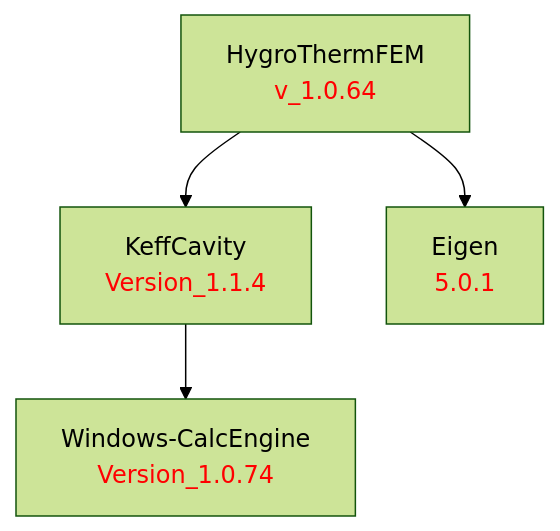
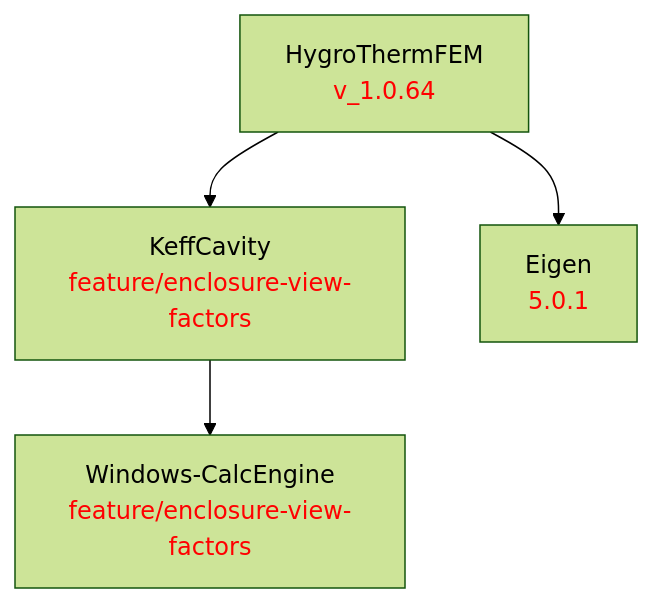
Before and after one commit to LBNL-ETA/HygroThermFEM: the diagram in doc/HygroThermFEM.md, drawn with Mermaid (forest theme). The commit also changed 1 other file, not shown here.

Commit message:
Pin KeffCavity to its enclosure view-factor branch for CI
The enclosure-radiation code needs Viewer::computeEnclosureViewFactors, which
lives on the Windows-CalcEngine feature branch. CI fetches dependencies from
their remotes (no local-sibling mode), so it was building against the old WCE
tag and failing to find the engine. Point KeffCavity at its matching
feature/enclosure-view-factors branch (which in turn pins the WCE feature
branch), so the whole chain resolves on CI. Temporary co-development pin;
revert to released tags once WCE + KeffCavity land. Dep chart regenerated.

````diff
--- a/doc/HygroThermFEM.md
+++ b/doc/HygroThermFEM.md
@@ -1,13 +1,13 @@
 ```mermaid
 graph TD
     %% Package definitions
     HygroThermFEM[HygroThermFEM<br/><font color='red'>v_1.0.64</font>]
-    KeffCavity[KeffCavity<br/><font color='red'>Version_1.1.4</font>]
+    KeffCavity[KeffCavity<br/><font color='red'>feature/enclosure-view-factors</font>]
     Eigen[Eigen<br/><font color='red'>5.0.1</font>]
-    WindowsCalcEngine[Windows-CalcEngine<br/><font color='red'>Version_1.0.74</font>]
+    WindowsCalcEngine[Windows-CalcEngine<br/><font color='red'>feature/enclosure-view-factors</font>]
 
     %% Package relations
     HygroThermFEM --> KeffCavity
     HygroThermFEM --> Eigen
     KeffCavity --> WindowsCalcEngine
 ```
````
